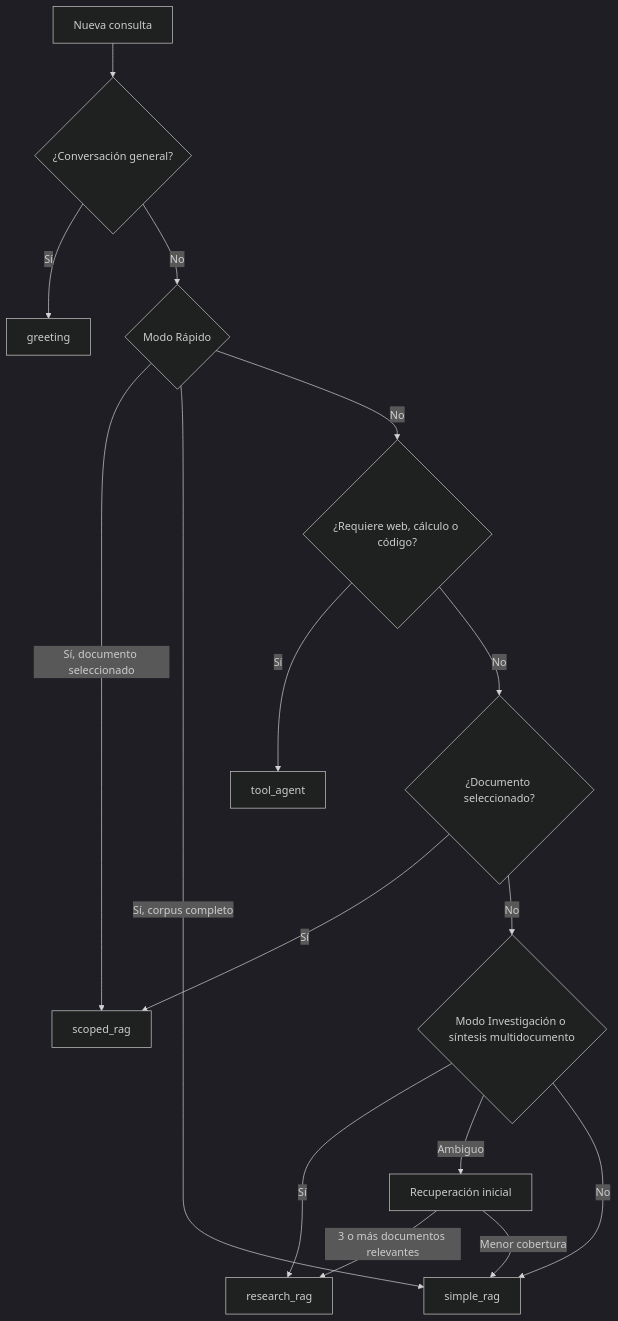
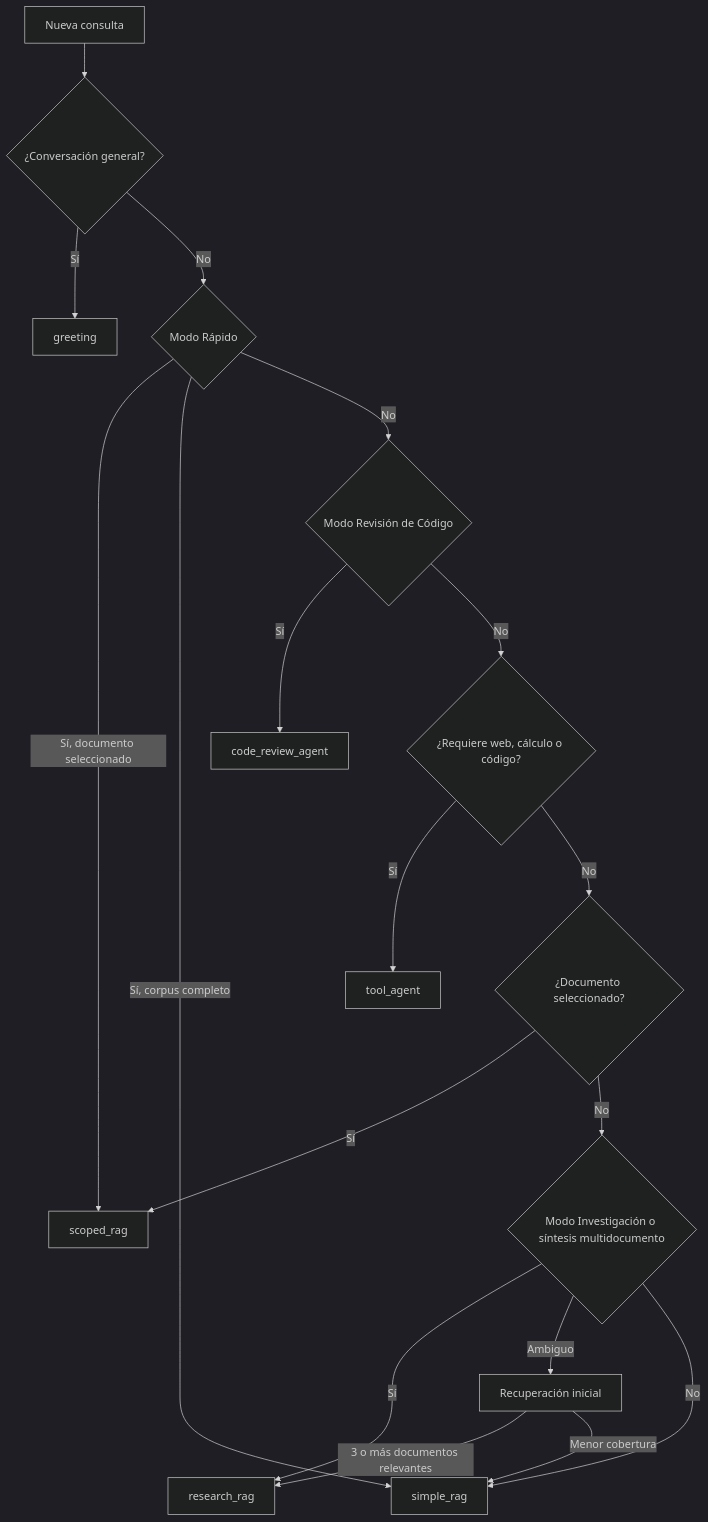
One commit to Shazam15/PDF-Assistant-RAG changed the fourth of 7 diagrams in docs/ARCHITECTURE.md. Above: the diagram before and after it, drawn with Mermaid (dark theme). The commit also changed other lines of this file and 4 other files, not shown here.

````diff
--- a/docs/ARCHITECTURE.md
+++ b/docs/ARCHITECTURE.md
@@ -219,18 +220,20 @@
 ```mermaid
 flowchart TD
     Q["Nueva consulta"] --> Greeting{"¿Conversación general?"}
     Greeting -->|Sí| G["greeting"]
     Greeting -->|No| Quick{"Modo Rápido"}
     Quick -->|Sí, documento seleccionado| SR["scoped_rag"]
     Quick -->|Sí, corpus completo| DR["simple_rag"]
-    Quick -->|No| Tool{"¿Requiere web, cálculo o código?"}
+    Quick -->|No| CodeMode{"Modo Revisión de Código"}
+    CodeMode -->|Sí| CRA["code_review_agent"]
+    CodeMode -->|No| Tool{"¿Requiere web, cálculo o código?"}
     Tool -->|Sí| TA["tool_agent"]
     Tool -->|No| Scoped{"¿Documento seleccionado?"}
     Scoped -->|Sí| SR
     Scoped -->|No| Research{"Modo Investigación o síntesis multidocumento"}
     Research -->|Sí| RR["research_rag"]
     Research -->|Ambiguo| Probe["Recuperación inicial"]
     Probe -->|3 o más documentos relevantes| RR
     Probe -->|Menor cobertura| DR
     Research -->|No| DR
 ```
````
